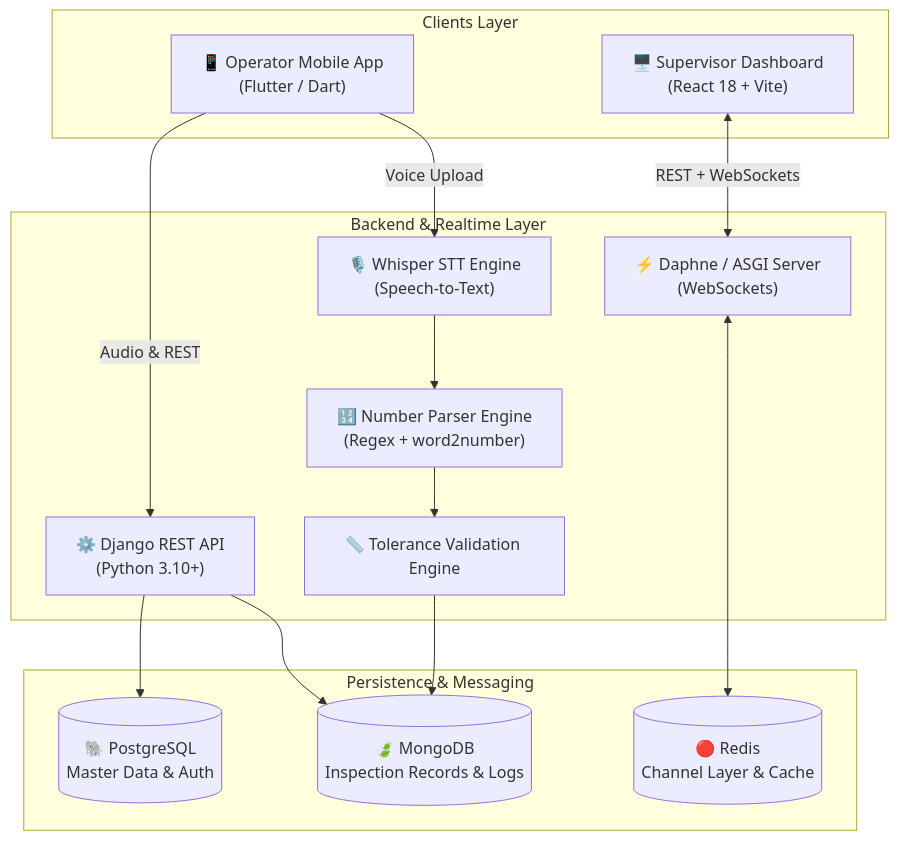
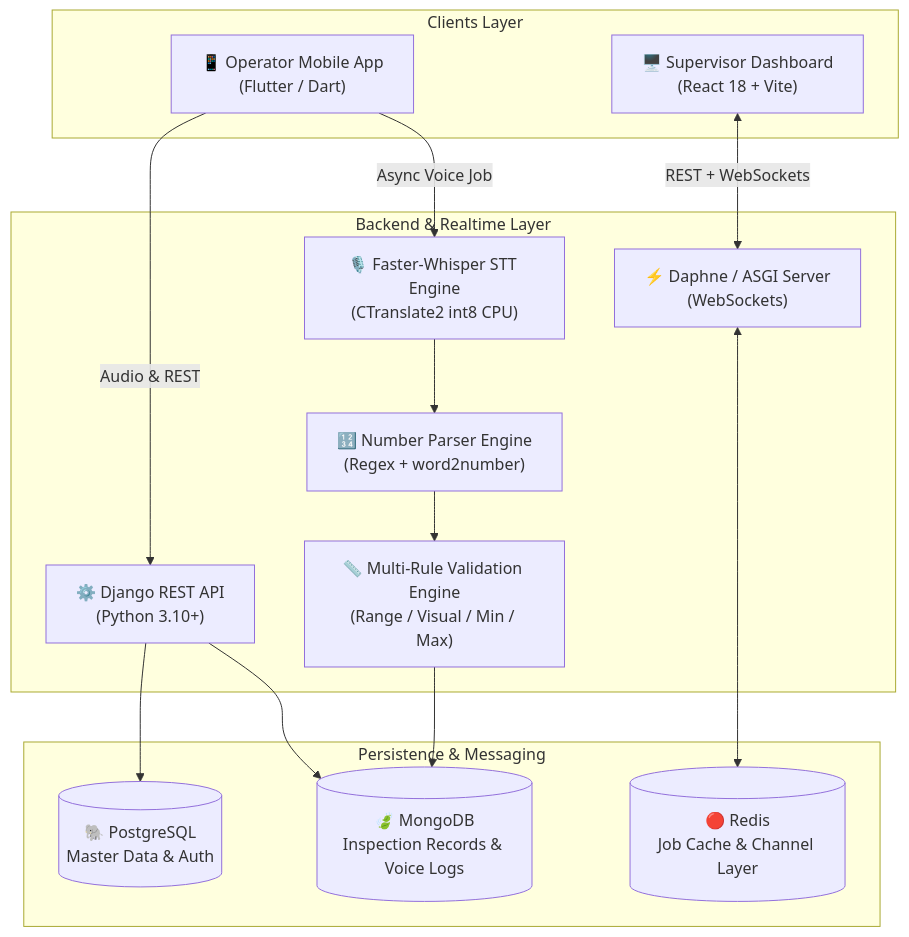
One commit to Samrudhi1004/Ledger-Entry-Automation changed the first of 3 diagrams in README.md. Above: the diagram before and after it, drawn with Mermaid. The commit also changed other lines of this file and 3 other files, not shown here.

````diff
--- a/README.md
+++ b/README.md
@@ -9,31 +9,31 @@
 ```mermaid
 flowchart TB
     subgraph Clients["Clients Layer"]
         Mobile["📱 Operator Mobile App\n(Flutter / Dart)"]
         Dashboard["🖥️ Supervisor Dashboard\n(React 18 + Vite)"]
     end
 
     subgraph Server["Backend & Realtime Layer"]
         API["⚙️ Django REST API\n(Python 3.10+)"]
         ASGI["⚡ Daphne / ASGI Server\n(WebSockets)"]
-        Whisper["🎙️ Whisper STT Engine\n(Speech-to-Text)"]
+        Whisper["🎙️ Faster-Whisper STT Engine\n(CTranslate2 int8 CPU)"]
         Parser["🔢 Number Parser Engine\n(Regex + word2number)"]
-        ValEngine["📏 Tolerance Validation Engine"]
+        ValEngine["📏 Multi-Rule Validation Engine\n(Range / Visual / Min / Max)"]
     end
 
     subgraph Data["Persistence & Messaging"]
         Postgres[(🐘 PostgreSQL\nMaster Data & Auth)]
-        Mongo[(🍃 MongoDB\nInspection Records & Logs)]
-        Redis[(🔴 Redis\nChannel Layer & Cache)]
+        Mongo[(🍃 MongoDB\nInspection Records & Voice Logs)]
+        Redis[(🔴 Redis\nJob Cache & Channel Layer)]
     end
 
     Mobile -->|Audio & REST| API
-    Mobile -->|Voice Upload| Whisper
+    Mobile -->|Async Voice Job| Whisper
     Whisper --> Parser
     Parser --> ValEngine
     ValEngine --> Mongo
     API --> Postgres
     API --> Mongo
     ASGI <--> Redis
     Dashboard <-->|REST + WebSockets| ASGI
 ```
````
